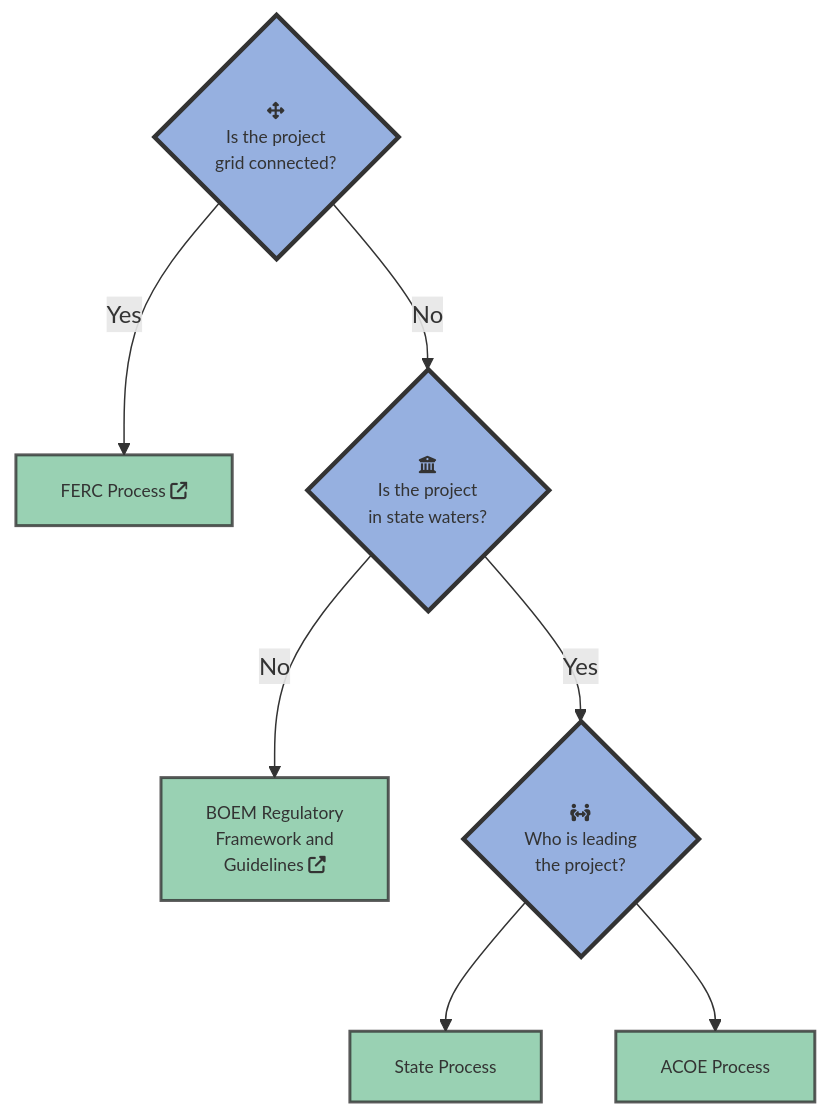
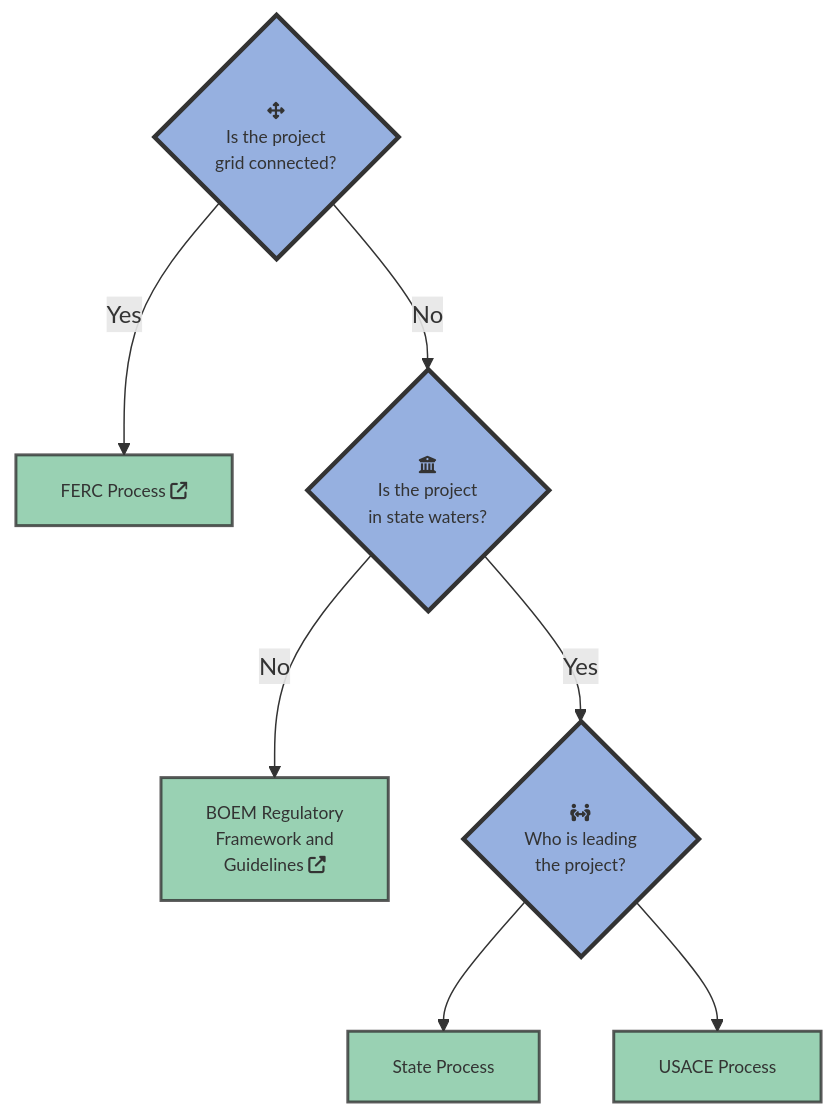
The diagram in diagrams/regs.mmd (marineenergy/www), drawn with Mermaid before and after one commit. The commit also changed 24 other files, not shown here.

```diff
--- a/diagrams/regs.mmd
+++ b/diagrams/regs.mmd
@@ -1,31 +1,31 @@
 %% edit with https://mermaid-js.github.io/mermaid-live-editor
 
 graph TD
 grid{fa:fa-arrows-alt<br> Is the project<br>grid connected?}
 ferc[FERC Process fas:fa-external-link]
 territory{fa:fa-institution<br> Is the project<br>in state waters?}
 boem[BOEM Regulatory <br>Framework and <br>Guidelines fas:fa-external-link-alt]
 lead{fa:fa-people-arrows<br> Who is leading<br>the project?}
 state[State Process]
-acoe[ACOE Process]
+usace[USACE Process]
 
 grid-->|Yes|ferc
 grid-->|No|territory
 territory-->|Yes|lead
 territory-->|No|boem
 lead --> state
-lead --> acoe
+lead --> usace
 
 click ferc "./regs-ferc.html"
-click acoe "./regs-acoe.html"
+click usace "./regs-usace.html"
 click state "./regs-state.html"
 click boem "https://www.boem.gov/renewable-energy/regulatory-framework-and-guidelines" _blank
 
 classDef endNode fill:#99d1b3,stroke:#333,stroke-width:2px,font-size:90%,line-height:1.5,stroke-opacity:0.8,text-align:center;
 classDef endNode:hover fill:#75a189;
 classDef endNode:active fill:#75a189;
 
 classDef decisionNode fill:#96b0e0,stroke:#333,stroke-width:3px,font-size:90%,line-height:1.5;
 
-class ferc,acoe,state,boem endNode
+class ferc,usace,state,boem endNode
 class grid,territory,lead decisionNode
```
